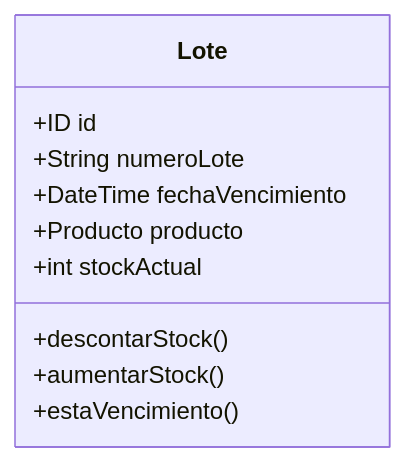
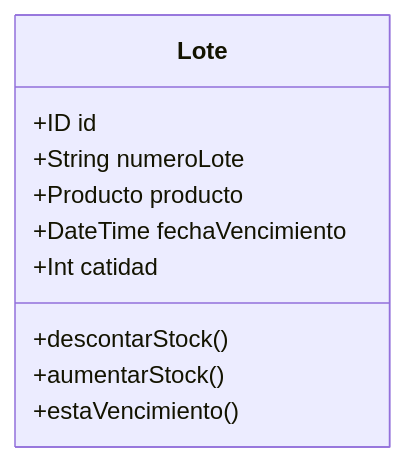
Before and after one commit to jose6668/FarmaExpres-backend: the fifth of 9 diagrams in Diagramas/Diagrama_Clases.md, drawn with Mermaid. The commit also changed other lines of this file and 6 other files, not shown here.

````diff
--- a/Diagramas/Diagrama_Clases.md
+++ b/Diagramas/Diagrama_Clases.md
@@ -66,13 +68,13 @@
 ```mermaid
 classDiagram
 class Lote {
   +ID id
   +String numeroLote
+  +Producto producto
   +DateTime fechaVencimiento
-  +Producto producto
-  +int stockActual
+  +Int catidad
   +descontarStock()
   +aumentarStock()
   +estaVencimiento()
 }
 ```
````
